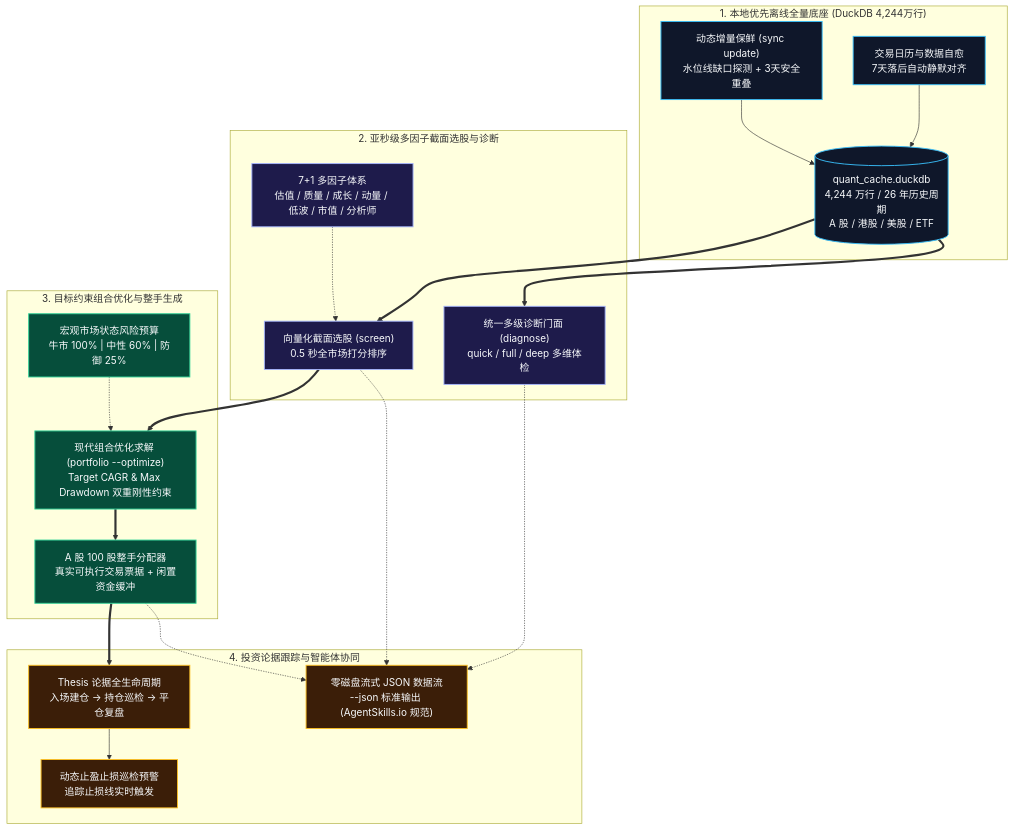
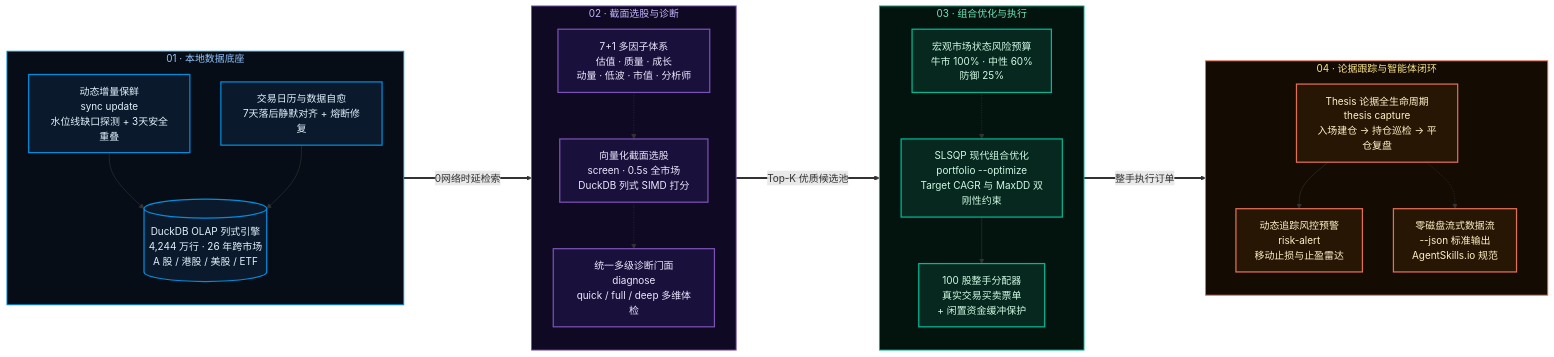
The diagram in README_ZH.md (axjing/stockaskill), drawn with Mermaid before and after one commit. The commit also changed 3 other files, not shown here.

Commit message:
docs(agent): upgrade quantitative architecture layout to 4-stage pipeline with terminal palette

````diff
--- a/README_ZH.md
+++ b/README_ZH.md
@@ -19,49 +19,57 @@
 ```mermaid
-flowchart TD
-    subgraph DataLayer["1. 本地优先离线全量底座 (DuckDB 4,244万行)"]
-        DuckDB[("quant_cache.duckdb<br/>4,244 万行 / 26 年历史周期<br/>A 股 / 港股 / 美股 / ETF")]
-        SyncUpdate["动态增量保鲜 (sync update)<br/>水位线缺口探测 + 3天安全重叠"]
-        CalendarHeal["交易日历与数据自愈<br/>7天落后自动静默对齐"]
-        SyncUpdate --> DuckDB
-        CalendarHeal --> DuckDB
+flowchart LR
+    subgraph S1["01 · 本地数据底座"]
+        direction TB
+        D1[("DuckDB OLAP 列式引擎<br/>4,244 万行 · 26 年跨市场<br/>A 股 / 港股 / 美股 / ETF")]
+        D2["动态增量保鲜<br/>sync update<br/>水位线缺口探测 + 3天安全重叠"]
+        D3["交易日历与数据自愈<br/>7天落后静默对齐 + 熔断修复"]
+        D2 --> D1
+        D3 --> D1
     end
 
-    subgraph AlphaLayer["2. 亚秒级多因子截面选股与诊断"]
-        Screen["向量化截面选股 (screen)<br/>0.5 秒全市场打分排序"]
-        MultiFactor["7+1 多因子体系<br/>估值 / 质量 / 成长 / 动量 / 低波 / 市值 / 分析师"]
-        Diagnosis["统一多级诊断门面 (diagnose)<br/>quick / full / deep 多维体检"]
-        DuckDB ==> Screen
-        DuckDB ==> Diagnosis
-        MultiFactor -.-> Screen
+    subgraph S2["02 · 截面选股与诊断"]
+        direction TB
+        A1["向量化截面选股<br/>screen · 0.5s 全市场<br/>DuckDB 列式 SIMD 打分"]
+        A2["7+1 多因子体系<br/>估值 · 质量 · 成长<br/>动量 · 低波 · 市值 · 分析师"]
+        A3["统一多级诊断门面<br/>diagnose<br/>quick / full / deep 多维体检"]
+        A2 -.-> A1
+        A1 -.-> A3
     end
 
-    subgraph ExecLayer["3. 目标约束组合优化与整手生成"]
-        Optimizer["现代组合优化求解 (portfolio --optimize)<br/>Target CAGR & Max Drawdown 双重刚性约束"]
-        RiskBudget["宏观市场状态风险预算<br/>牛市 100% | 中性 60% | 防御 25%"]
-        BoardLot["A 股 100 股整手分配器<br/>真实可执行交易票据 + 闲置资金缓冲"]
-        Screen ==> Optimizer
-        RiskBudget -.-> Optimizer
-        Optimizer ==> BoardLot
+    subgraph S3["03 · 组合优化与执行"]
+        direction TB
+        P1["SLSQP 现代组合优化<br/>portfolio --optimize<br/>Target CAGR 与 MaxDD 双刚性约束"]
+        P2["宏观市场状态风险预算<br/>牛市 100% · 中性 60%<br/>防御 25%"]
+        P3["100 股整手分配器<br/>真实交易买卖票单<br/>+ 闲置资金缓冲保护"]
+        P2 -.-> P1
+        P1 --> P3
     end
 
-    subgraph LoopLayer["4. 投资论据跟踪与智能体协同"]
-        Thesis["Thesis 论据全生命周期<br/>入场建仓 -> 持仓巡检 -> 平仓复盘"]
-        RiskAlert["动态止盈止损巡检预警<br/>追踪止损线实时触发"]
-        AgentStream["零磁盘流式 JSON 数据流<br/>--json 标准输出 (AgentSkills.io 规范)"]
-        BoardLot ==> Thesis
-        Thesis --> RiskAlert
-        BoardLot -.-> AgentStream
-        Screen -.-> AgentStream
-        Diagnosis -.-> AgentStream
+    subgraph S4["04 · 论据跟踪与智能体闭环"]
+        direction TB
+        T1["Thesis 论据全生命周期<br/>thesis capture<br/>入场建仓 -> 持仓巡检 -> 平仓复盘"]
+        T2["动态追踪风控预警<br/>risk-alert<br/>移动止损与止盈雷达"]
+        T3["零磁盘流式数据流<br/>--json 标准输出<br/>AgentSkills.io 规范"]
+        T1 --> T2
+        T1 -.-> T3
     end
 
-    classDef dataBox fill:#0f172a,stroke:#38bdf8,stroke-width:1.5px,color:#f8fafc;
-    classDef alphaBox fill:#1e1b4b,stroke:#a5b4fc,stroke-width:1.5px,color:#f8fafc;
-    classDef execBox fill:#064e3b,stroke:#34d399,stroke-width:1.5px,color:#f8fafc;
-    classDef loopBox fill:#3b1e08,stroke:#fbbf24,stroke-width:1.5px,color:#f8fafc;
+    D1 ===>|"0网络时延检索"| A1
+    A1 ===>|"Top-K 优质候选池"| P1
+    P3 ===>|"整手执行订单"| T1
 
-    class DuckDB,SyncUpdate,CalendarHeal dataBox;
-    class Screen,MultiFactor,Diagnosis alphaBox;
-    class Optimizer,RiskBudget,BoardLot execBox;
-    class Thesis,RiskAlert,AgentStream loopBox;
+    classDef dataNode fill:#0b192c,stroke:#008dda,stroke-width:2px,color:#e0f2fe;
+    classDef alphaNode fill:#1a103c,stroke:#7952b3,stroke-width:2px,color:#ede9fe;
+    classDef execNode fill:#06281e,stroke:#00b894,stroke-width:2px,color:#d1fae5;
+    classDef loopNode fill:#281605,stroke:#e17055,stroke-width:2px,color:#fef3c7;
+
+    class D1,D2,D3 dataNode;
+    class A1,A2,A3 alphaNode;
+    class P1,P2,P3 execNode;
+    class T1,T2,T3 loopNode;
+
+    style S1 fill:#060d17,stroke:#008dda,stroke-width:1.5px,color:#93c5fd;
+    style S2 fill:#0f0923,stroke:#7952b3,stroke-width:1.5px,color:#c4b5fd;
+    style S3 fill:#03140f,stroke:#00b894,stroke-width:1.5px,color:#6ee7b7;
+    style S4 fill:#140b03,stroke:#e17055,stroke-width:1.5px,color:#fde68a;
 ```
````
